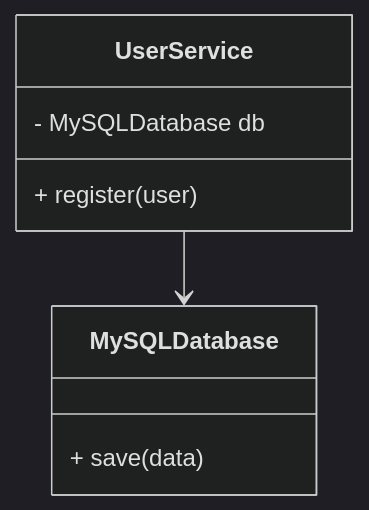
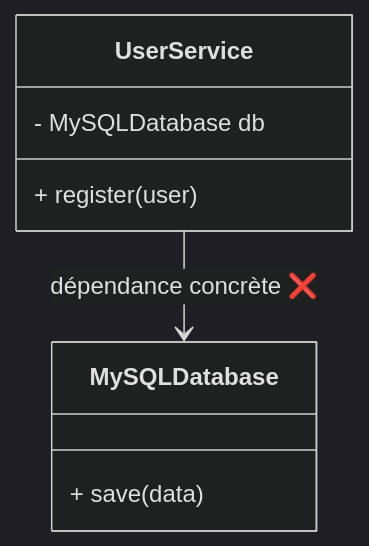
Before and after one commit to hrhouma1/Programmation-objet-2: the first of 10 diagrams in 06-PARTIE4-JAVA/2.md, drawn with Mermaid (dark theme). The commit also changed other lines of this file, not shown here.

````diff
--- a/06-PARTIE4-JAVA/2.md
+++ b/06-PARTIE4-JAVA/2.md
@@ -176,11 +137,11 @@
 ```mermaid
 classDiagram
     class UserService {
-        - MySQLDatabase db
-        + register(user)
+      - MySQLDatabase db
+      + register(user)
     }
     class MySQLDatabase {
-        + save(data)
+      + save(data)
     }
-    UserService --> MySQLDatabase
+    UserService --> MySQLDatabase : dépendance concrète ❌
 ```
````
